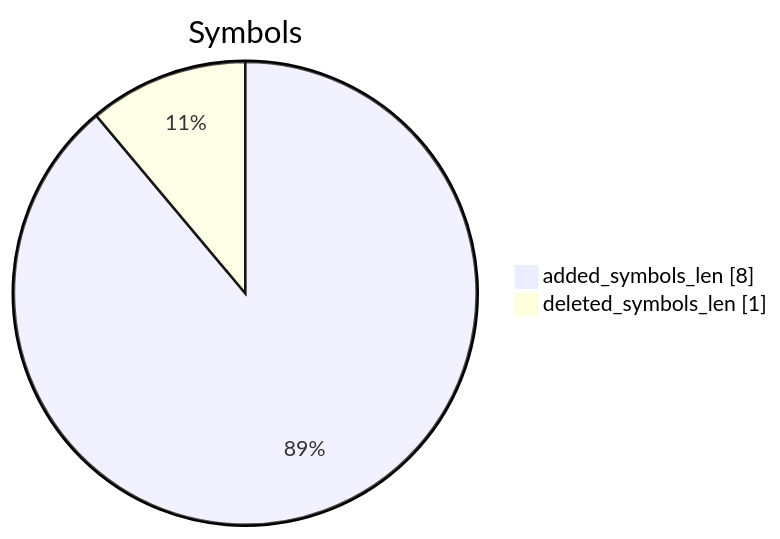
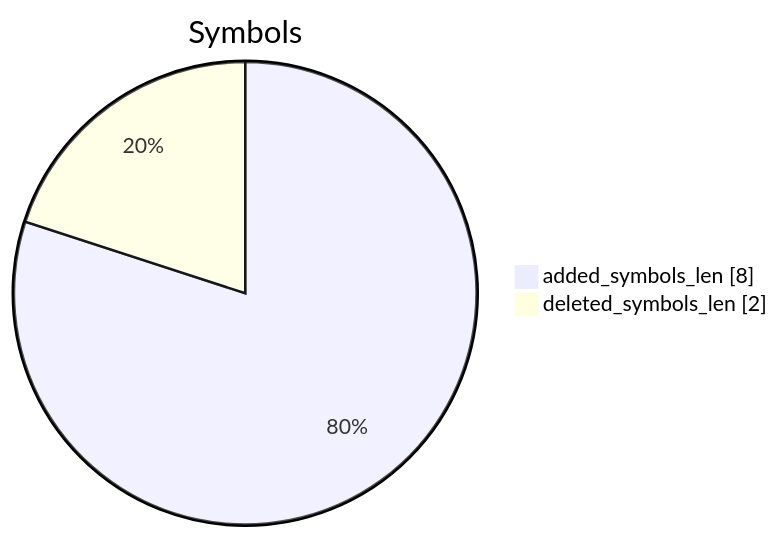
Before and after one commit to timb-machine-mirrors/clearbluejar-tcpip.sys.x64.10.0.22000.3079-tcpip.sys.x64.10.0.22000.3147.ghidriff.md: the seventh of 7 diagrams in tcpip.sys.x64.10.0.22000.3079-tcpip.sys.x64.10.0.22000.3147.ghidriff.md, drawn with Mermaid. The commit also changed other lines of this file, not shown here.

````diff
--- a/tcpip.sys.x64.10.0.22000.3079-tcpip.sys.x64.10.0.22000.3147.ghidriff.md
+++ b/tcpip.sys.x64.10.0.22000.3079-tcpip.sys.x64.10.0.22000.3147.ghidriff.md
@@ -568,6 +568,6 @@
 ```mermaid
 pie showData
     title Symbols
 "added_symbols_len" : 8
-"deleted_symbols_len" : 1
+"deleted_symbols_len" : 2
 ```
````
